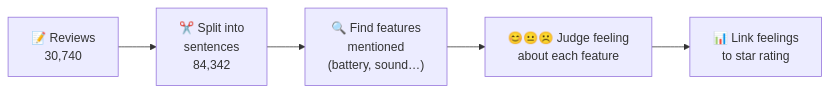
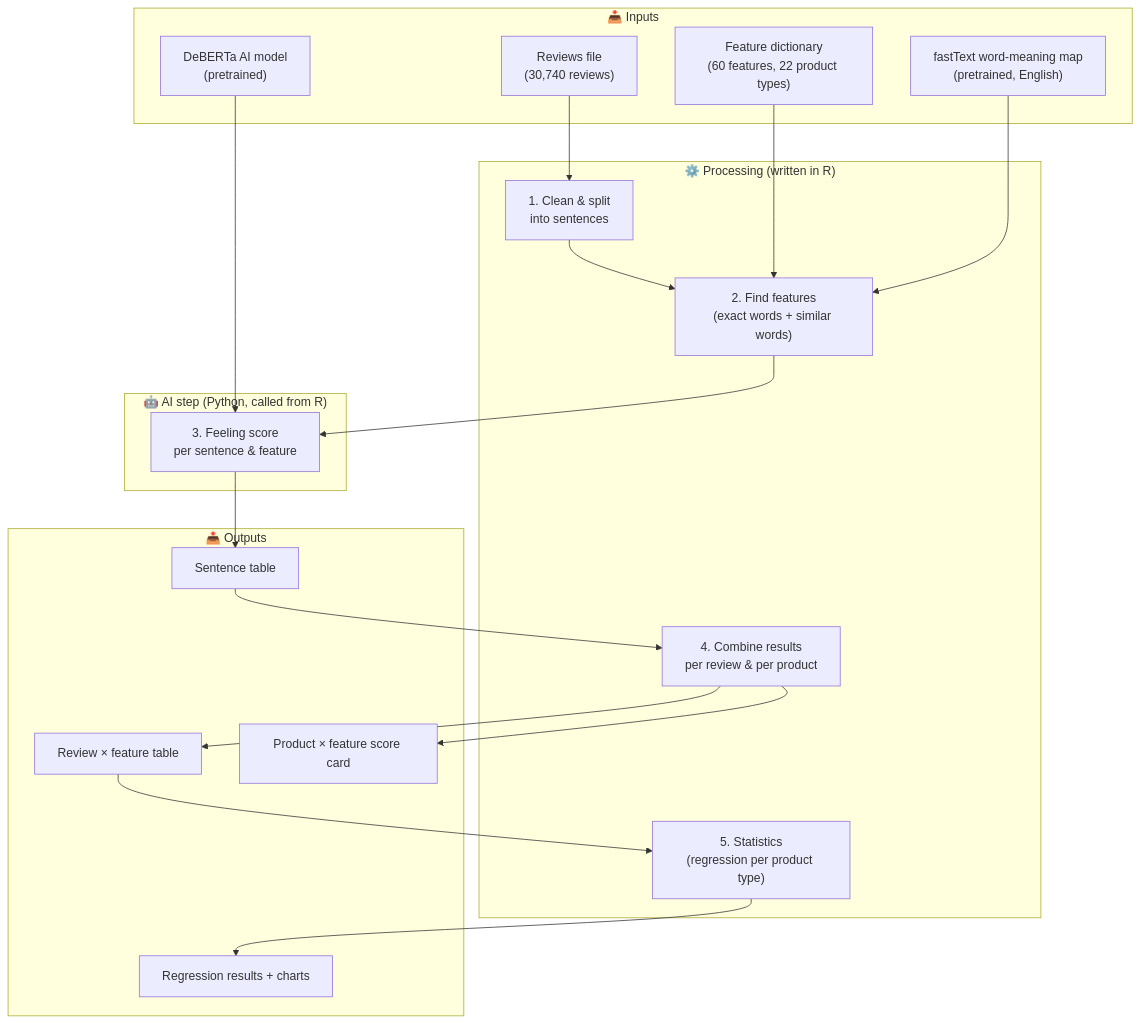
One commit to mukulsinghal407/ABSA-Regression changed the second of 6 diagrams in TEAM_BRIEF.md. Above: the diagram before and after it, drawn with Mermaid. The commit also changed other lines of this file, not shown here.

````diff
--- a/TEAM_BRIEF.md
+++ b/TEAM_BRIEF.md
@@ -14,7 +72,37 @@
 ```mermaid
-flowchart LR
-  A["📝 Reviews<br/>30,740"] --> B["✂️ Split into<br/>sentences<br/>84,342"]
-  B --> C["🔍 Find features<br/>mentioned<br/>(battery, sound…)"]
-  C --> D["😊😐☹️ Judge feeling<br/>about each feature"]
-  D --> E["📊 Link feelings<br/>to star rating"]
+flowchart TD
+  subgraph IN["📥 Inputs"]
+    A["Reviews file<br/>(30,740 reviews)"]
+    B["Feature dictionary<br/>(60 features, 22 product types)"]
+    C["fastText word-meaning map<br/>(pretrained, English)"]
+    D["DeBERTa AI model<br/>(pretrained)"]
+  end
+
+  subgraph R["⚙️ Processing (written in R)"]
+    P1["1. Clean & split<br/>into sentences"]
+    P2["2. Find features<br/>(exact words + similar words)"]
+    P4["4. Combine results<br/>per review & per product"]
+    P5["5. Statistics<br/>(regression per product type)"]
+  end
+
+  subgraph PY["🤖 AI step (Python, called from R)"]
+    P3["3. Feeling score<br/>per sentence & feature"]
+  end
+
+  subgraph OUT["📤 Outputs"]
+    O1["Sentence table"]
+    O2["Review × feature table"]
+    O3["Product × feature score card"]
+    O4["Regression results + charts"]
+  end
+
+  A --> P1 --> P2
+  B --> P2
+  C --> P2
+  P2 --> P3
+  D --> P3
+  P3 --> O1 --> P4
+  P4 --> O2
+  P4 --> O3
+  O2 --> P5 --> O4
 ```
````
